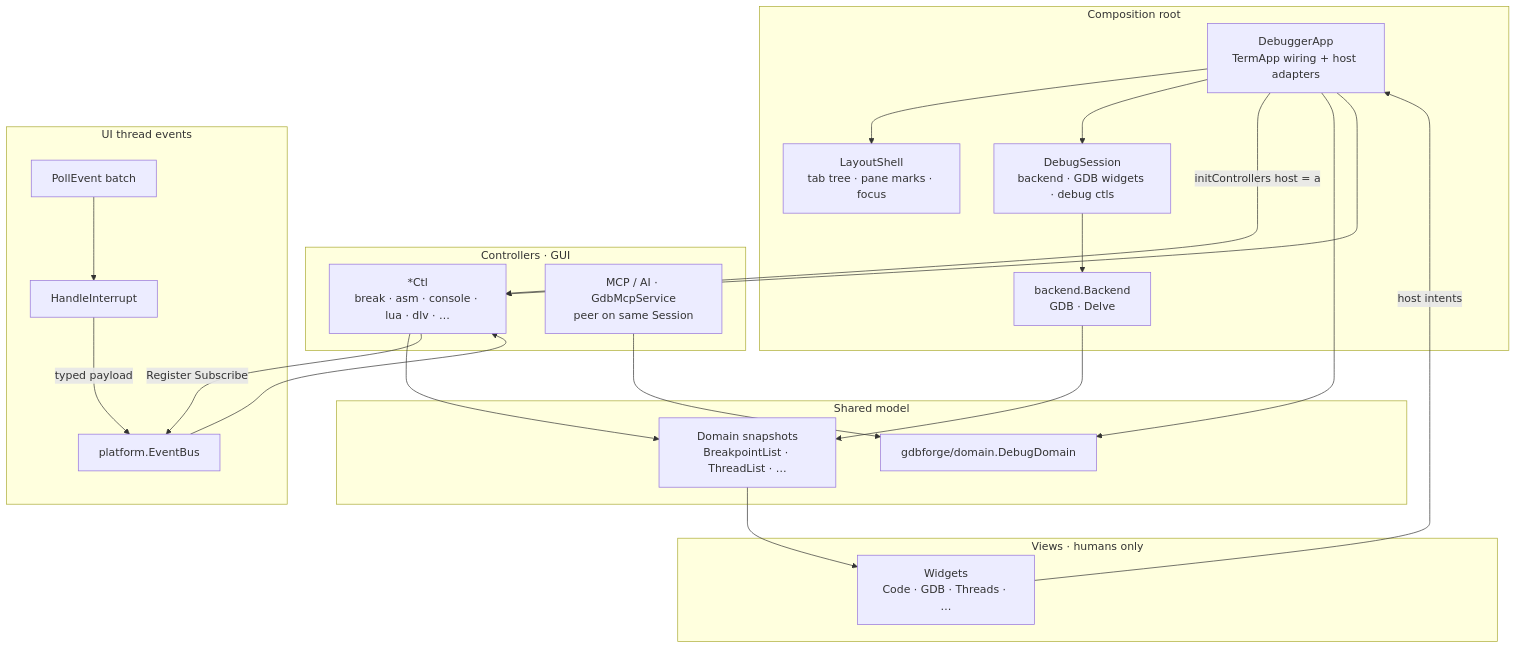
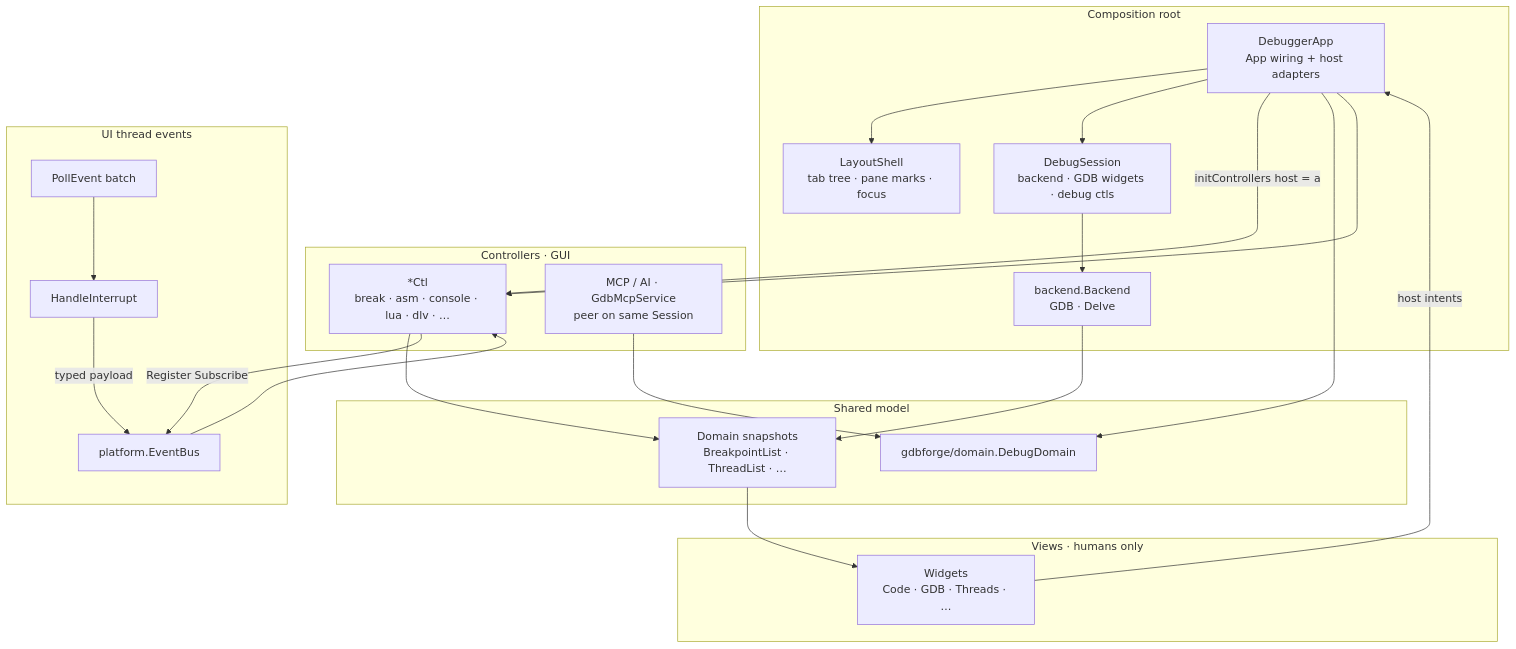
The first of 11 diagrams in docs/ARCHITECTURE.md (yairgd/gdbforge), drawn with Mermaid before and after one commit. The commit also changed other lines of this file and 267 other files, not shown here.

````diff
--- a/docs/ARCHITECTURE.md
+++ b/docs/ARCHITECTURE.md
@@ -22,46 +22,46 @@
 ```mermaid
 flowchart TB
     subgraph root ["Composition root"]
-        App["DebuggerApp<br/>TermApp wiring + host adapters"]
+        App["DebuggerApp<br/>App wiring + host adapters"]
         Shell["LayoutShell<br/>tab tree · pane marks · focus"]
         Sess["DebugSession<br/>backend · GDB widgets · debug ctls"]
         BE["backend.Backend<br/>GDB · Delve"]
     end
 
     subgraph controllers ["Controllers · GUI"]
         GUI["*Ctl<br/>break · asm · console · lua · dlv · …"]
         MCP["MCP / AI · GdbMcpService<br/>peer on same Session"]
     end
 
     subgraph events ["UI thread events"]
         Poll["PollEvent batch"]
         HI["HandleInterrupt"]
         Bus["platform.EventBus"]
     end
 
     subgraph model ["Shared model"]
         Dom["Domain snapshots<br/>BreakpointList · ThreadList · …"]
         Surf["gdbforge/domain.DebugDomain"]
     end
 
     subgraph views ["Views · humans only"]
         W["Widgets<br/>Code · GDB · Threads · …"]
     end
 
     App --> Shell
     App --> Sess
     Sess --> BE
     App -->|"initControllers host = a"| GUI
     BE --> Dom
     GUI --> Dom
     App --> Surf
     MCP --> Surf
 
     GUI -->|"Register Subscribe"| Bus
     Poll --> HI
     HI -->|"typed payload"| Bus
     Bus --> GUI
     Dom --> W
     W -->|"host intents"| App
     App --> GUI
 ```
````
